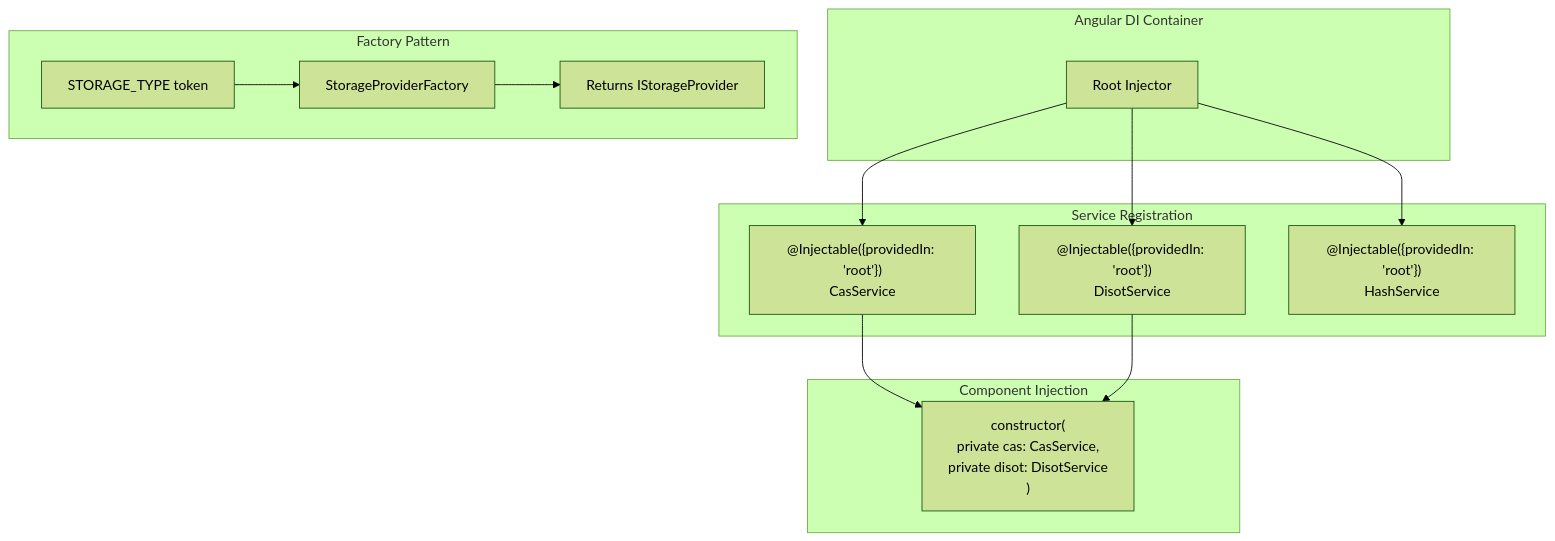
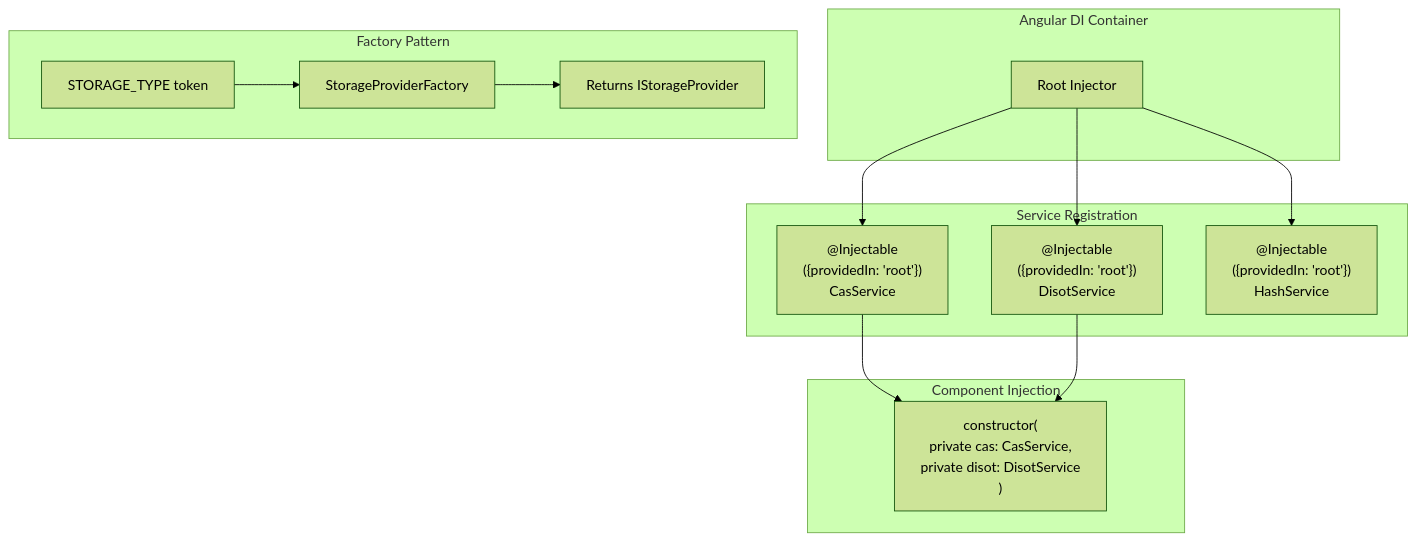
One commit to o2alexanderfedin/angular-cas-disot changed the third of 9 diagrams in docs/architecture/system-architecture.md. Above: the diagram before and after it, drawn with Mermaid (forest theme). The commit also changed 1 other file, not shown here.

Commit message:
fix: apply consistent multi-line formatting to @Injectable labels
- Split @Injectable({providedIn: 'root'}) across lines for better layout
- Prevents node width issues in Mermaid diagrams
- Consistent with the pattern already applied to CAS service

🤖 Generated with [Claude Code](https://claude.ai/code)

````diff
--- a/docs/architecture/system-architecture.md
+++ b/docs/architecture/system-architecture.md
@@ -93,32 +93,32 @@
 ```mermaid
 graph TD
     subgraph "Angular DI Container"
         ROOT[Root Injector]
     end
     
     subgraph "Service Registration"
-        CAS["@Injectable({providedIn: 'root'})<br/>CasService"]
-        DISOT["@Injectable({providedIn: 'root'})<br/>DisotService"]
-        HASH["@Injectable({providedIn: 'root'})<br/>HashService"]
+        CAS["@Injectable<br/>({providedIn: 'root'})<br/>CasService"]
+        DISOT["@Injectable<br/>({providedIn: 'root'})<br/>DisotService"]
+        HASH["@Injectable<br/>({providedIn: 'root'})<br/>HashService"]
     end
     
     subgraph "Component Injection"
         COMP["constructor(<br/>  private cas: CasService,<br/>  private disot: DisotService<br/>)"]
     end
     
     subgraph "Factory Pattern"
         FACTORY[StorageProviderFactory]
         TOKEN[STORAGE_TYPE token]
         PROVIDER[Returns IStorageProvider]
     end
     
     ROOT --> CAS
     ROOT --> DISOT
     ROOT --> HASH
     
     CAS --> COMP
     DISOT --> COMP
     
     TOKEN --> FACTORY
     FACTORY --> PROVIDER
 ```
````
